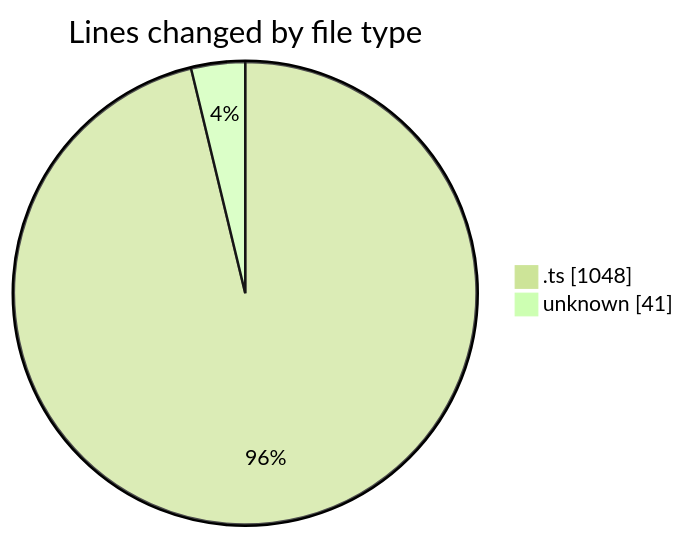
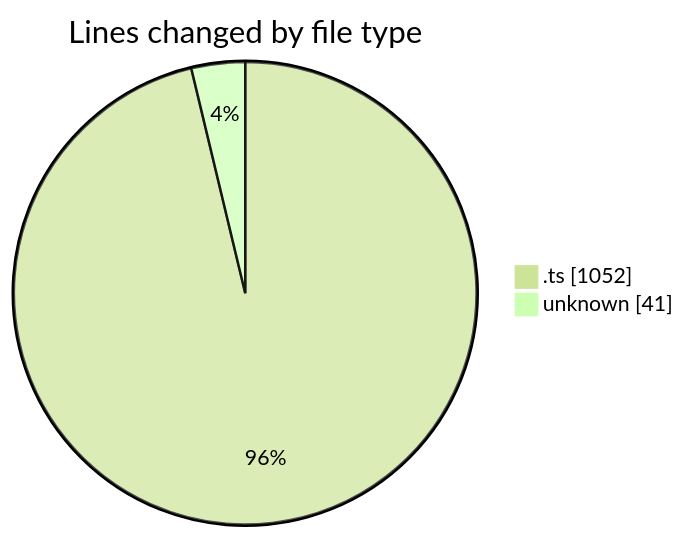
One commit to momahboobian/code-tracking changed the first of 2 diagrams in 2025-08-11/cda/README.md. Above: the diagram before and after it, drawn with Mermaid (forest theme). The commit also changed other lines of this file and 1 other file, not shown here.

````diff
--- a/2025-08-11/cda/README.md
+++ b/2025-08-11/cda/README.md
@@ -23,6 +23,6 @@
 ```mermaid
 pie showData
 title Lines changed by file type
-".ts" : 1048
+".ts" : 1052
 "unknown" : 41
 ```
````
